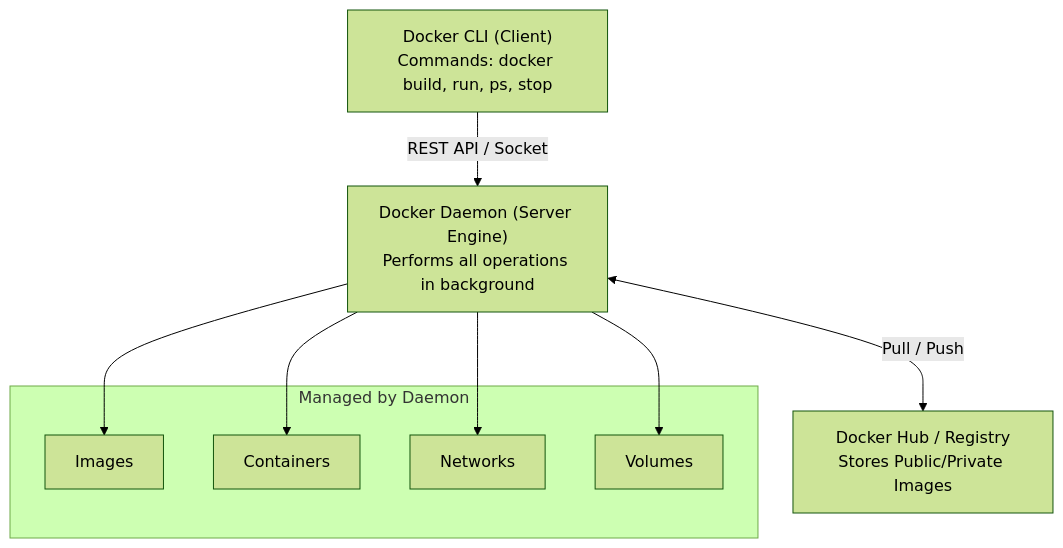
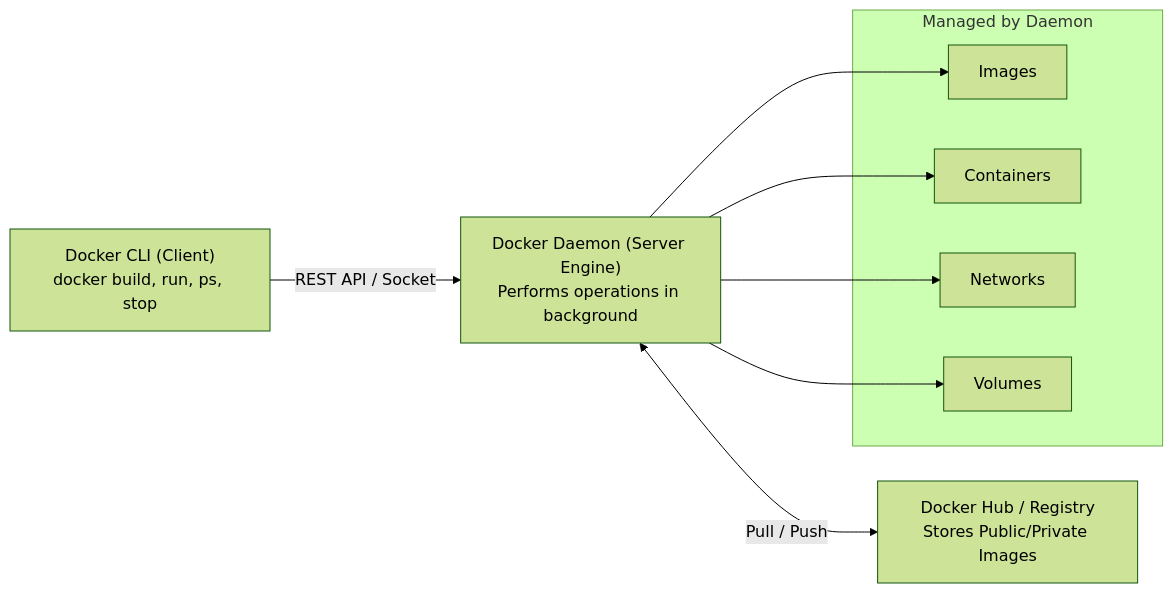
Before and after one commit to rohithgowda18/Notes: the fourth of 14 diagrams in 07-Backend-Engineering/Docker.md, drawn with Mermaid (forest theme). The commit also changed other lines of this file and 15 other files, not shown here.

Commit message:
docs: audit Mermaid diagrams, optimize side-by-side layouts, and deduplicate DBMS advanced notes

````diff
--- a/07-Backend-Engineering/Docker.md
+++ b/07-Backend-Engineering/Docker.md
@@ -159,21 +163,21 @@
 ```mermaid
-flowchart TD
-    Client["Docker CLI (Client)\nCommands: docker build, run, ps, stop"]
-    Daemon["Docker Daemon (Server Engine)\nPerforms all operations in background"]
+flowchart LR
+    Client["Docker CLI (Client)<br/>docker build, run, ps, stop"]
+    Daemon["Docker Daemon (Server Engine)<br/>Performs operations in background"]
     
     subgraph DaemonTasks ["Managed by Daemon"]
         Images["Images"]
         Containers["Containers"]
         Networks["Networks"]
         Volumes["Volumes"]
     end
 
-    Registry["Docker Hub / Registry\nStores Public/Private Images"]
+    Registry["Docker Hub / Registry<br/>Stores Public/Private Images"]
 
     Client -->|REST API / Socket| Daemon
     Daemon --> Images
     Daemon --> Containers
     Daemon --> Networks
     Daemon --> Volumes
     Daemon <-->|Pull / Push| Registry
 ```
````
